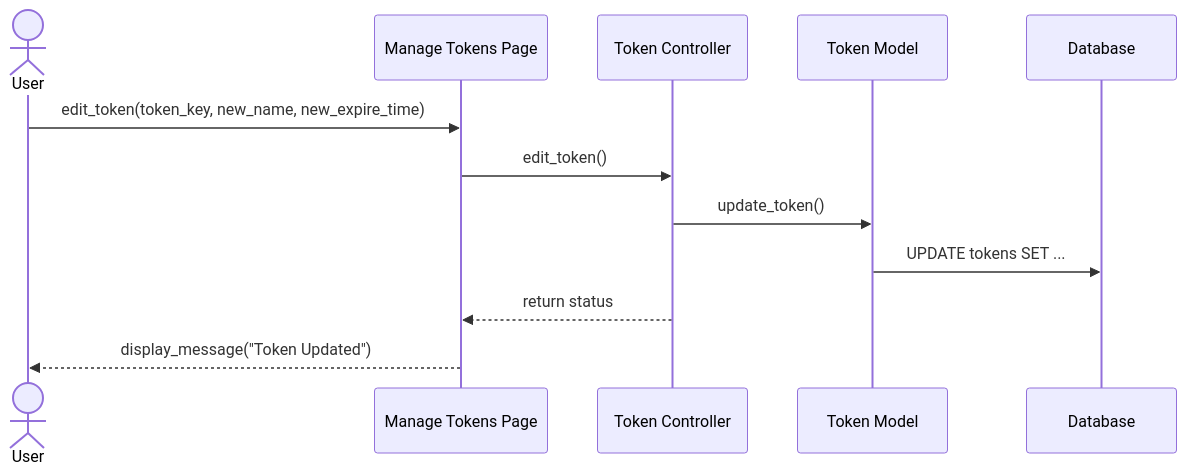
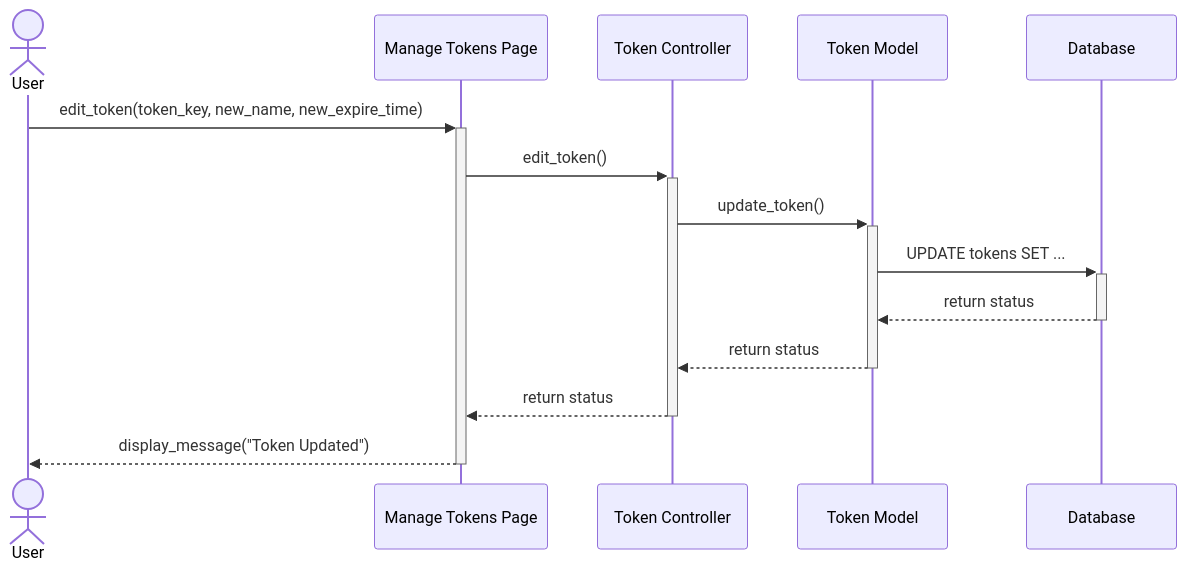
The sixth of 20 diagrams in SYSTEM_DIAGRAMS.md (Tanaphat-Ken/ALPR-V2), drawn with Mermaid before and after one commit. The commit also changed other lines of this file, not shown here.

First line of the commit message:
fix: resolve Mermaid activation bar errors across sequence diagrams

````diff
--- a/SYSTEM_DIAGRAMS.md
+++ b/SYSTEM_DIAGRAMS.md
@@ -278,15 +283,17 @@
 ```mermaid
 sequenceDiagram
     actor User
     participant TokenPage as Manage Tokens Page
     participant TokenController as Token Controller
     participant TokenModel as Token Model
     participant DB as Database
 
-    User->>TokenPage: edit_token(token_key, new_name, new_expire_time)
-    TokenPage->>TokenController: edit_token()
-    TokenController->>TokenModel: update_token()
-    TokenModel->>DB: UPDATE tokens SET ...
-    TokenController-->>TokenPage: return status
-    TokenPage-->>User: display_message("Token Updated")
+    User->>+TokenPage: edit_token(token_key, new_name, new_expire_time)
+    TokenPage->>+TokenController: edit_token()
+    TokenController->>+TokenModel: update_token()
+    TokenModel->>+DB: UPDATE tokens SET ...
+    DB-->>-TokenModel: return status
+    TokenModel-->>-TokenController: return status
+    TokenController-->>-TokenPage: return status
+    TokenPage-->>-User: display_message("Token Updated")
 ```
````
